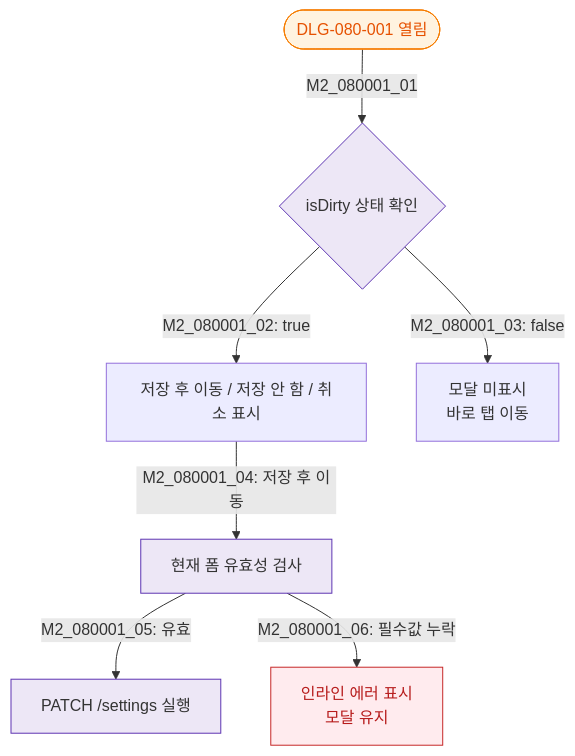
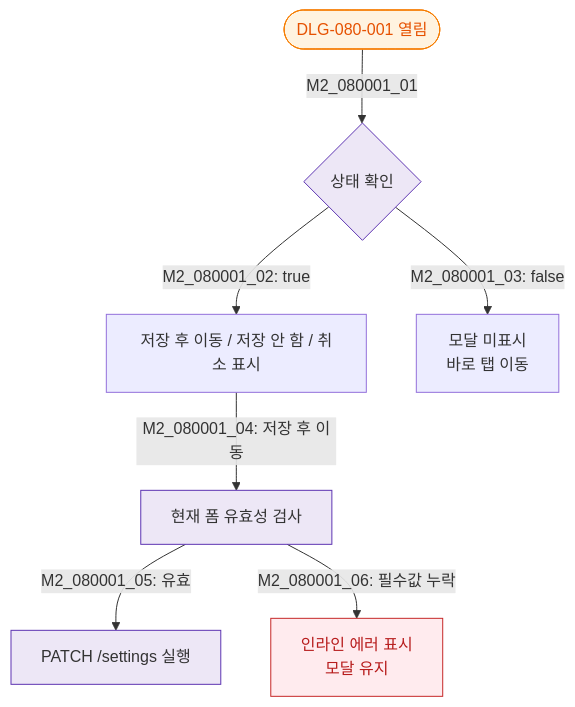
One commit to dev-spogym/admin-pando changed the diagram in docs/다이어그램/D09_설정관리/DLG/DLG-080-001_미저장경고/M2_필드검증.md. Above: the diagram before and after it, drawn with Mermaid. The commit also changed other lines of this file and 1660 other files, not shown here.

First line of the commit message:
다이어그램: 기획자/클라이언트 납품본으로 정리

````diff
--- a/docs/다이어그램/D09_설정관리/DLG/DLG-080-001_미저장경고/M2_필드검증.md
+++ b/docs/다이어그램/D09_설정관리/DLG/DLG-080-001_미저장경고/M2_필드검증.md
@@ -14,17 +12,17 @@
 ```mermaid
 flowchart TD
-    Open([DLG-080-001 열림]) -->|M2_080001_01| CheckDirty{isDirty 상태 확인}
-    CheckDirty -->|"M2_080001_02: true"| ShowButtons[저장 후 이동 / 저장 안 함 / 취소 표시]
-    CheckDirty -->|"M2_080001_03: false"| AutoClose[모달 미표시\n바로 탭 이동]
+    Open([DLG-080-001 열림]) -->|M2_080001_01|CheckDirty{상태 확인}
+    CheckDirty -->|"M2_080001_02: true"|ShowButtons[저장 후 이동 / 저장 안 함 / 취소 표시]
+    CheckDirty -->|"M2_080001_03: false"|AutoClose[모달 미표시\n바로 탭 이동]
 
-    ShowButtons -->|"M2_080001_04: 저장 후 이동"| ValidateSave[현재 폼 유효성 검사]
-    ValidateSave -->|"M2_080001_05: 유효"| ProceedSave[PATCH /settings 실행]
-    ValidateSave -->|"M2_080001_06: 필수값 누락"| E_Invalid[인라인 에러 표시\n모달 유지]
+    ShowButtons -->|"M2_080001_04: 저장 후 이동"|ValidateSave[현재 폼 유효성 검사]
+    ValidateSave -->|"M2_080001_05: 유효"|ProceedSave[PATCH /settings 실행]
+    ValidateSave -->|"M2_080001_06: 필수값 누락"|E_Invalid[인라인 에러 표시\n모달 유지]
 
     classDef modal fill:#FFF3E0,stroke:#F57C00,color:#E65100
     classDef system fill:#EDE7F6,stroke:#5E35B2
     classDef error fill:#FFEBEE,stroke:#C62828,color:#B71C1C
     class Open modal
     class CheckDirty,ValidateSave,ProceedSave system
     class E_Invalid error
 ```
````
